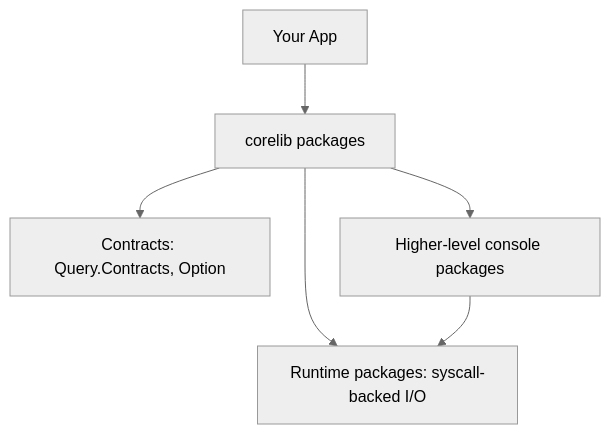
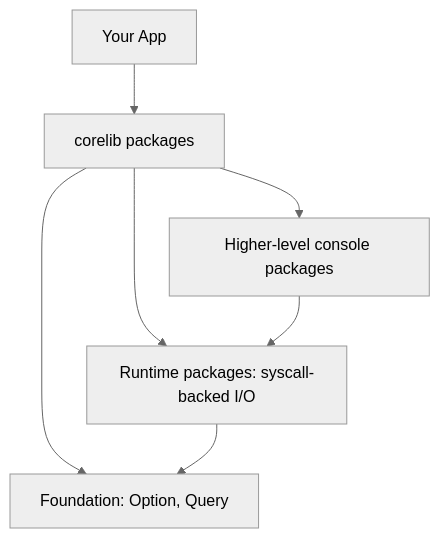
The diagram in site/website/src/content/docs/book/04-where-does-this-file-go/corelib-layout.md (Cyber-Nomad-Collective/beskid), drawn with Mermaid (neutral theme) before and after one commit. The commit also changed other lines of this file and 6 other files, not shown here.

First line of the commit message:
fix(website): correct diagram facts found in accuracy review (#278)

````diff
--- a/site/website/src/content/docs/book/04-where-does-this-file-go/corelib-layout.md
+++ b/site/website/src/content/docs/book/04-where-does-this-file-go/corelib-layout.md
@@ -26,10 +26,11 @@
 ```mermaid
 flowchart TD
   accTitle: Corelib layout
-  accDescr: Your application depends on corelib packages, which split into contract packages, higher-level console packages and syscall-backed runtime packages.
+  accDescr: Your application depends on corelib packages, which split into foundation packages, higher-level console packages and syscall-backed runtime packages.
   APP[Your App] --> CL[corelib packages]
-  CL --> CT["Contracts: Query.Contracts, Option"]
+  CL --> CT["Foundation: Option, Query"]
   CL --> CO[Higher-level console packages]
   CL --> RT["Runtime packages: syscall-backed I/O"]
   CO --> RT
+  RT --> CT
 ```
````
